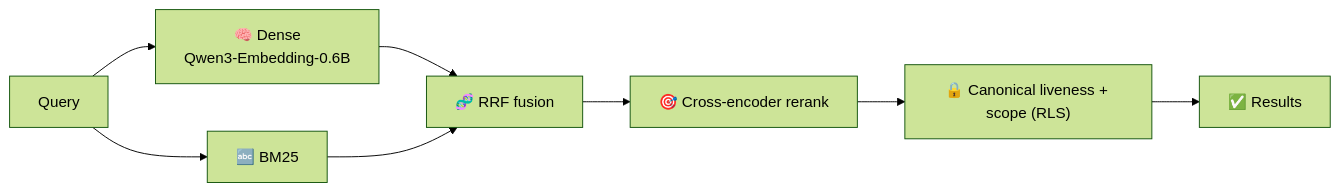
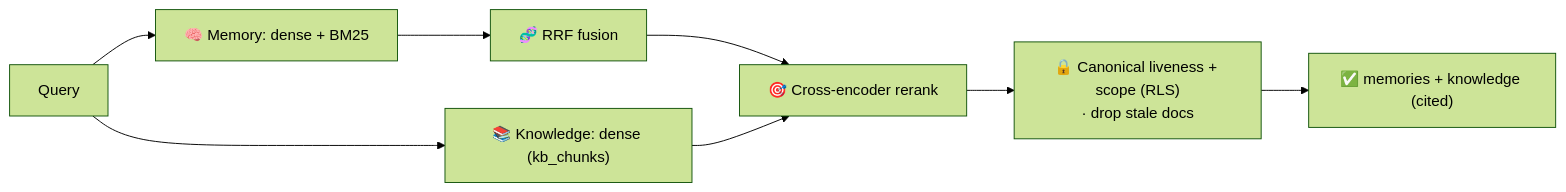
One commit to Akshat-530/any-harness-memory changed the fourth of 6 diagrams in README.md. Above: the diagram before and after it, drawn with Mermaid (forest theme). The commit also changed other lines of this file, not shown here.

Commit message:
docs: add RAG lane to all diagrams (architecture, workflow, write/read paths) + two-lane section

````diff
--- a/README.md
+++ b/README.md
@@ -100,10 +108,10 @@
 ```mermaid
 flowchart LR
-  Q["Query"] --> Dense["🧠 Dense<br/>Qwen3‑Embedding‑0.6B"]
-  Q --> Sparse["🔤 BM25"]
-  Dense --> RRF["🧬 RRF fusion"]
-  Sparse --> RRF
-  RRF --> Rerank["🎯 Cross‑encoder rerank"]
-  Rerank --> Filter["🔒 Canonical liveness + scope (RLS)"]
-  Filter --> Out["✅ Results"]
+  Q["Query"] --> MD["🧠 Memory: dense + BM25"]
+  Q --> KD["📚 Knowledge: dense (kb_chunks)"]
+  MD --> RRF["🧬 RRF fusion"]
+  RRF --> RR["🎯 Cross-encoder rerank"]
+  KD --> RR
+  RR --> F["🔒 Canonical liveness + scope (RLS)<br/>· drop stale docs"]
+  F --> O["✅ memories + knowledge (cited)"]
 ```
````
